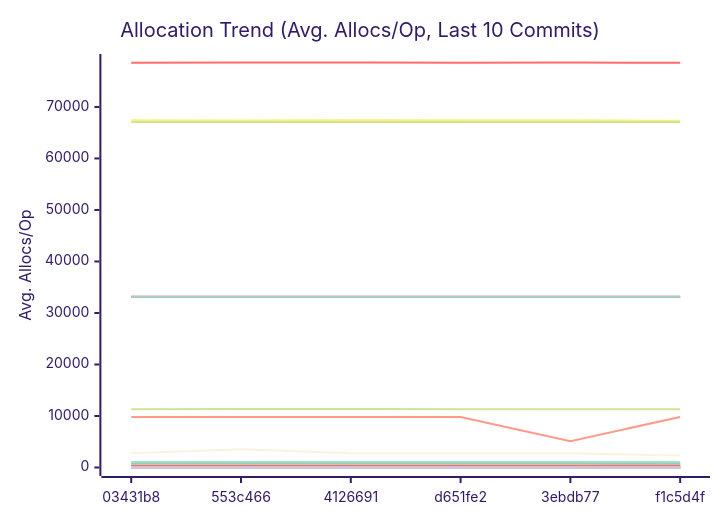
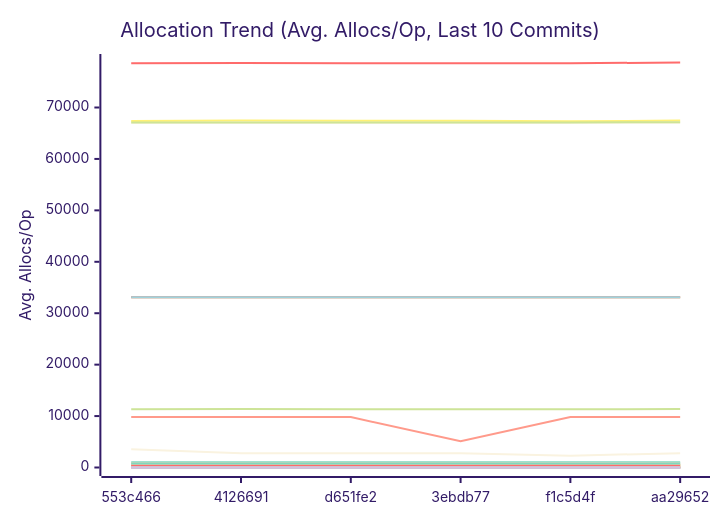
The third of 3 diagrams in docs/PERFORMANCE.md (alsotoes/momo), drawn with Mermaid (forest theme) before and after one commit. The commit also changed other lines of this file and 2 other files, not shown here.

````diff
--- a/docs/PERFORMANCE.md
+++ b/docs/PERFORMANCE.md
@@ -360,44 +360,44 @@
 ```mermaid
 xychart-beta
     title "Allocation Trend (Avg. Allocs/Op, Last 10 Commits)"
     x-axis "Commit"
     y-axis "Avg. Allocs/Op"
-    x-axis [03431b8,553c466,4126691,d651fe2,3ebdb77,f1c5d4f]
-    line "AWSChunkedReaderSigned" [11307,11334,11352,11308,11331,11309,11357,11392,11480,11346]
-    line "AWSChunkedReaderUnsigned" [78583,78611,78631,78600,78609,78603,78751,78742,78802,78690]
+    x-axis [553c466,4126691,d651fe2,3ebdb77,f1c5d4f,aa29652]
+    line "AWSChunkedReaderSigned" [11334,11352,11308,11331,11309,11357,11392,11480,11346,11370]
+    line "AWSChunkedReaderUnsigned" [78611,78631,78600,78609,78603,78751,78742,78802,78690,78621]
     line "CheckMetricsAndSwap" [0,0,0,0,0,0,0,0,0,0]
     line "CrushOptimized" [0,0,0,0,0,0,0,0,0,0]
     line "CrushOriginal" [3,3,3,3,3,3,3,3,3,3]
     line "FormatListObjectsV2XML_AppendFormat" [16,16,16,16,16,16,16,16,16,16]
     line "FormatListObjectsV2XML_OldFormat" [1000,1000,1000,1000,1000,1000,1000,1000,1000,1000]
     line "HashBytes/1MiB" [64,64,64,64,64,64,64,64,64,64]
     line "HashBytes/256MiB" [64,64,64,64,64,64,64,64,64,64]
     line "HashBytes/64MiB" [64,64,64,64,64,64,64,64,64,64]
     line "HashFile/1MiB" [33128,33128,33128,33128,33128,33128,33128,33128,33128,33128]
     line "HashFile/256MiB" [33128,33128,33128,33128,33128,33128,33128,33128,33128,33128]
     line "HashFile/64MiB" [33128,33128,33128,33128,33128,33128,33128,33128,33128,33128]
     line "IndexDirectTracking" [0,0,0,0,0,0,0,0,0,0]
     line "IndexSearch" [0,0,0,0,0,0,0,0,0,0]
     line "LastModifiedHeader_AppendFormat" [0,0,0,0,0,0,0,0,0,0]
     line "LastModifiedHeader_Format" [1,1,1,1,1,1,1,1,1,1]
     line "LoadGlobalConfig" [58,58,58,58,58,58,58,58,58,58]
-    line "LocalWrite/1MiB" [67028,67034,67036,67032,67028,67031,67046,67042,67042,67033]
-    line "LocalWrite/256MiB" [67419,67379,67488,67427,67403,67338,67449,67537,67838,67598]
-    line "LocalWrite/64MiB" [67074,67087,67088,67081,67097,67088,67134,67134,67169,67134]
+    line "LocalWrite/1MiB" [67034,67036,67032,67028,67031,67046,67042,67042,67033,67031]
+    line "LocalWrite/256MiB" [67379,67488,67427,67403,67338,67449,67537,67838,67598,67348]
+    line "LocalWrite/64MiB" [67087,67088,67081,67097,67088,67134,67134,67169,67134,67099]
     line "PadString" [1,1,1,1,1,1,1,1,1,1]
     line "ParseReplicationOrder_NoPrealloc" [6,6,6,6,6,5,5,5,5,5]
     line "ParseReplicationOrder_Prealloc" [2,2,2,2,2,1,1,1,1,1]
     line "Placement" [6,6,6,6,6,6,6,6,6,6]
     line "PlacementDomainSpread" [6,6,6,6,6,6,6,6,6,6]
-    line "ReadVerify/1MiB" [467,468,486,478,467,459,484,493,526,438]
-    line "ReadVerify/256MiB" [9808,9808,9808,9808,5120,9808,9808,9808,9808,9808]
-    line "ReadVerify/64MiB" [2776,3557,2776,2776,2776,2307,2776,3557,5120,3557]
-    line "S3PutSpool/1MiB" [447,447,447,447,448,447,448,448,448,448]
+    line "ReadVerify/1MiB" [468,486,478,467,459,484,493,526,438,437]
+    line "ReadVerify/256MiB" [9808,9808,9808,5120,9808,9808,9808,9808,9808,9808]
+    line "ReadVerify/64MiB" [3557,2776,2776,2776,2307,2776,3557,5120,3557,2776]
+    line "S3PutSpool/1MiB" [447,447,447,448,447,448,448,448,448,447]
     line "S3PutSpool/256MiB" [448,448,448,448,448,448,448,448,448,448]
     line "S3PutSpool/64MiB" [448,448,448,448,448,448,448,448,448,448]
     line "SanitizeLog/Safe" [0,0,0,0,0,0,0,0,0,0]
     line "SanitizeLog/Unsafe" [1,1,1,1,1,1,1,1,1,1]
-    line "TrustedRead/1MiB" [800,800,800,800,800,837,800,800,800,800]
+    line "TrustedRead/1MiB" [800,800,800,800,837,800,800,800,800,800]
     line "TrustedRead/256MiB" [800,800,800,800,800,800,800,800,800,800]
     line "TrustedRead/64MiB" [800,800,800,800,800,800,800,800,800,800]
 ```
````
